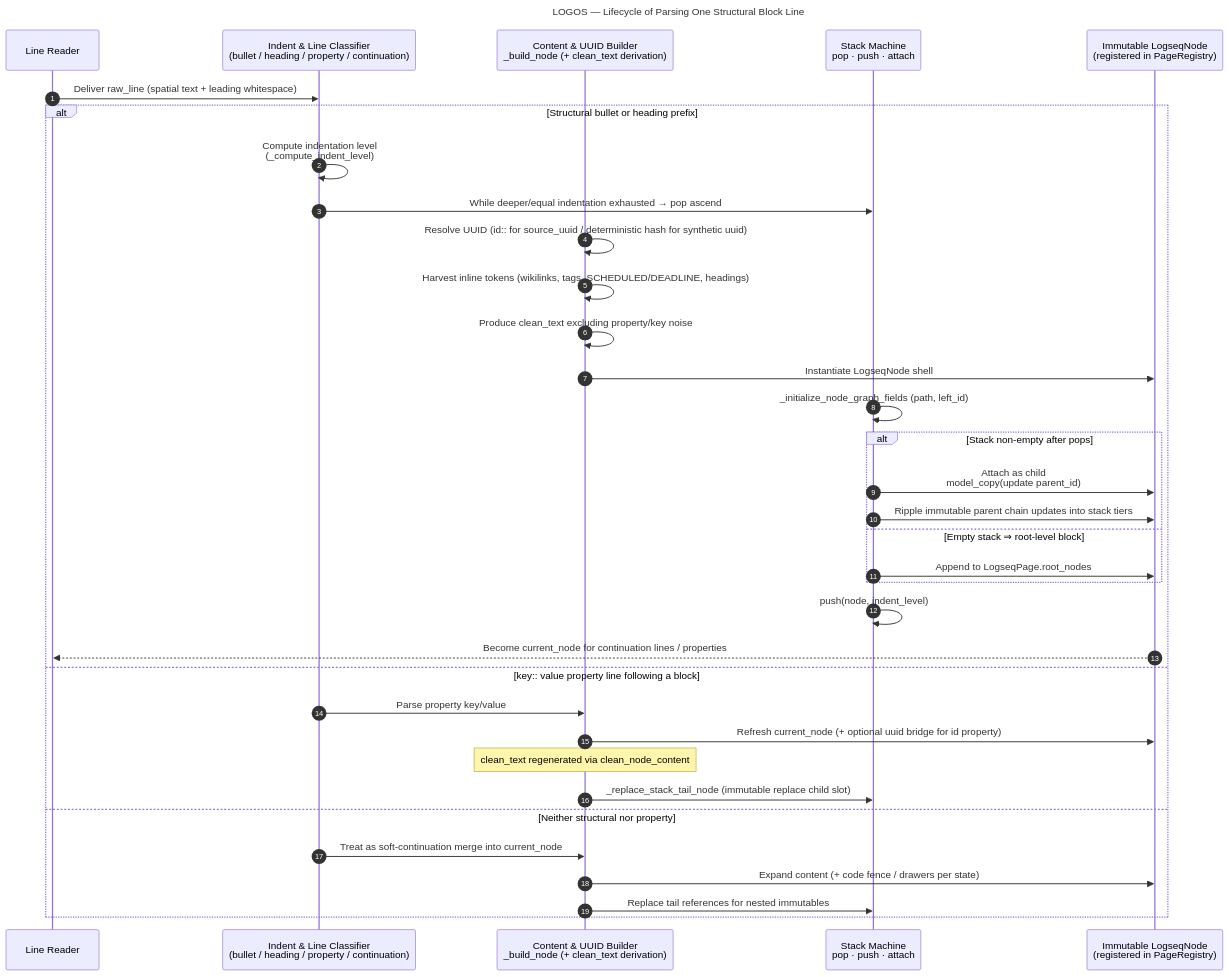
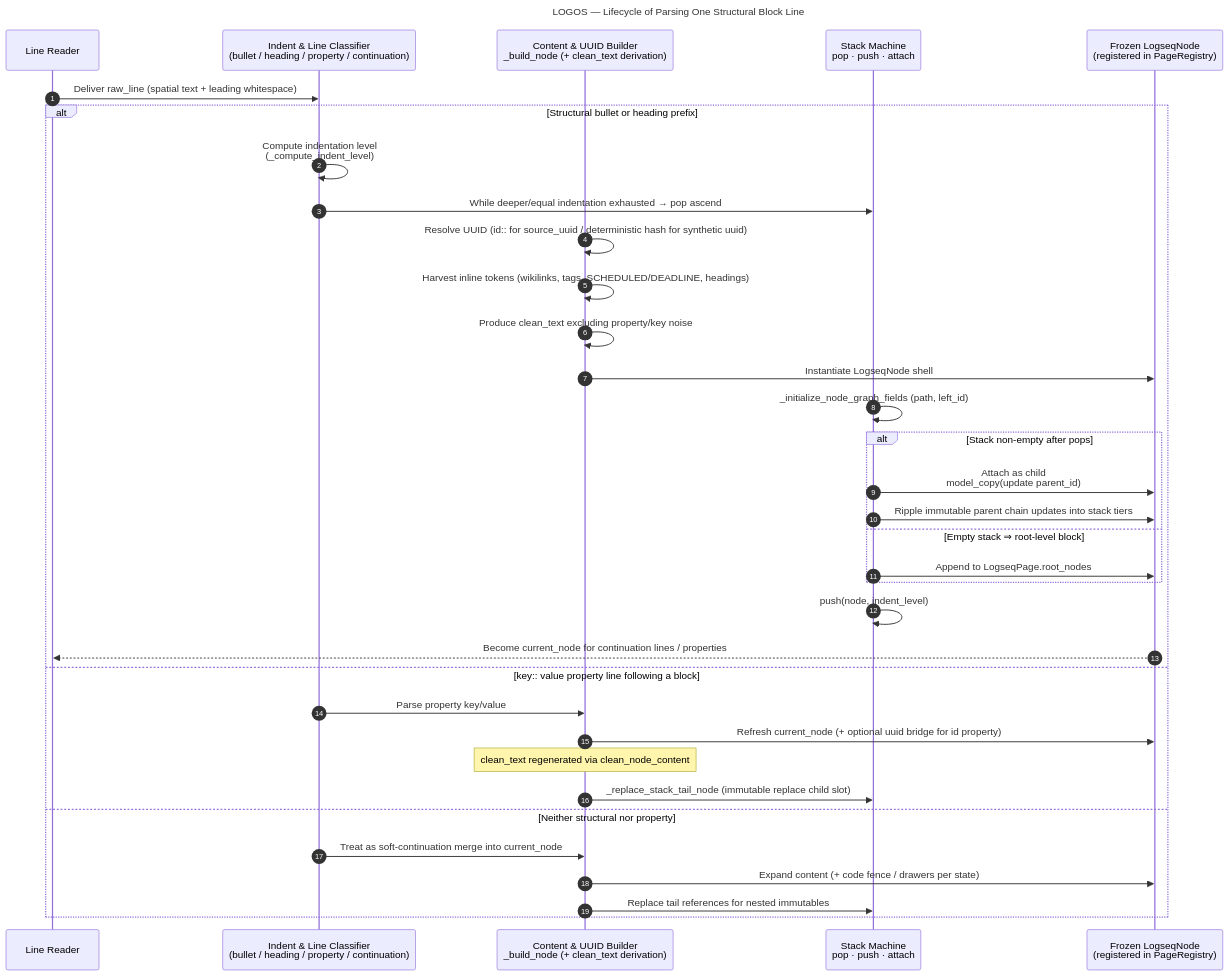
Before and after one commit to MarcoPorcellato/logseq-matryca-parser: the sixth of 6 diagrams in docs/ARCHITECTURE.md, drawn with Mermaid. The commit also changed other lines of this file and 31 other files, not shown here.

````diff
--- a/docs/ARCHITECTURE.md
+++ b/docs/ARCHITECTURE.md
@@ -585,43 +585,43 @@
 ```mermaid
 ---
 title: LOGOS — Lifecycle of Parsing One Structural Block Line
 ---
 sequenceDiagram
   autonumber
   participant LR as Line Reader
   participant INV as Indent & Line Classifier<br/>(bullet / heading / property / continuation)
   participant PSI as Content & UUID Builder<br/>_build_node (+ clean_text derivation)
   participant STK as Stack Machine<br/>pop · push · attach
-  participant AST as Immutable LogseqNode<br/>(registered in PageRegistry)
+  participant AST as Frozen LogseqNode<br/>(registered in PageRegistry)
 
   LR->>INV: Deliver raw_line (spatial text + leading whitespace)
 
   alt Structural bullet or heading prefix
     INV->>INV: Compute indentation level<br/>(_compute_indent_level)
     INV->>STK: While deeper/equal indentation exhausted → pop ascend
     PSI->>PSI: Resolve UUID (id:: for source_uuid / deterministic hash for synthetic uuid)
     PSI->>PSI: Harvest inline tokens (wikilinks, tags, SCHEDULED/DEADLINE, headings)
     PSI->>PSI: Produce clean_text excluding property/key noise
     PSI->>AST: Instantiate LogseqNode shell
     STK->>STK: _initialize_node_graph_fields (path, left_id)
     alt Stack non-empty after pops
       STK->>AST: Attach as child<br/>model_copy(update parent_id)
       STK->>AST: Ripple immutable parent chain updates into stack tiers
     else Empty stack ⇒ root-level block
       STK->>AST: Append to LogseqPage.root_nodes
     end
     STK->>STK: push(node, indent_level)
     AST-->>LR: Become current_node for continuation lines / properties
 
   else key:: value property line following a block
     INV->>PSI: Parse property key/value
     PSI->>AST: Refresh current_node (+ optional uuid bridge for id property)
     Note over PSI: clean_text regenerated via clean_node_content
     PSI->>STK: _replace_stack_tail_node (immutable replace child slot)
 
   else Neither structural nor property
     INV->>PSI: Treat as soft-continuation merge into current_node
     PSI->>AST: Expand content (+ code fence / drawers per state)
     PSI->>STK: Replace tail references for nested immutables
   end
 ```
````
